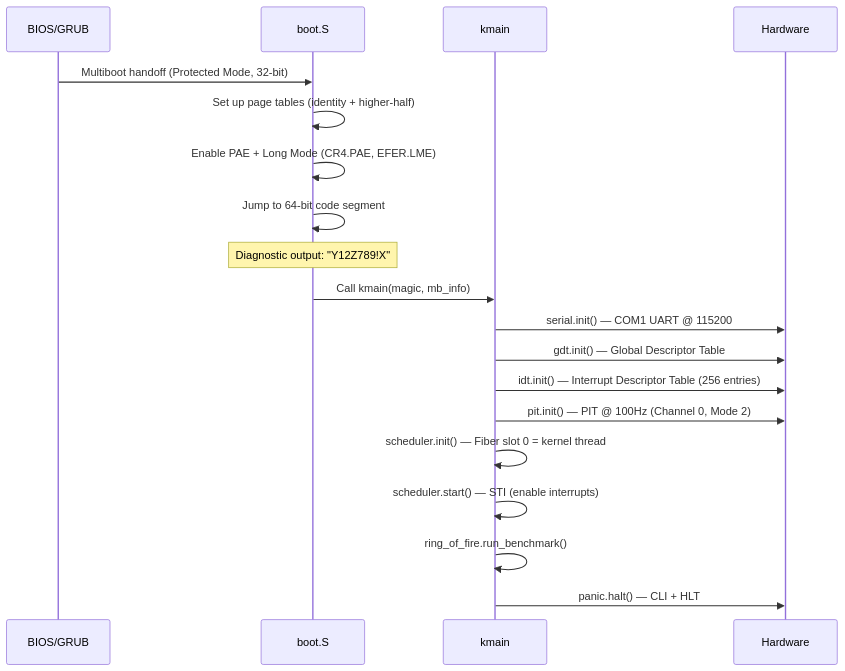
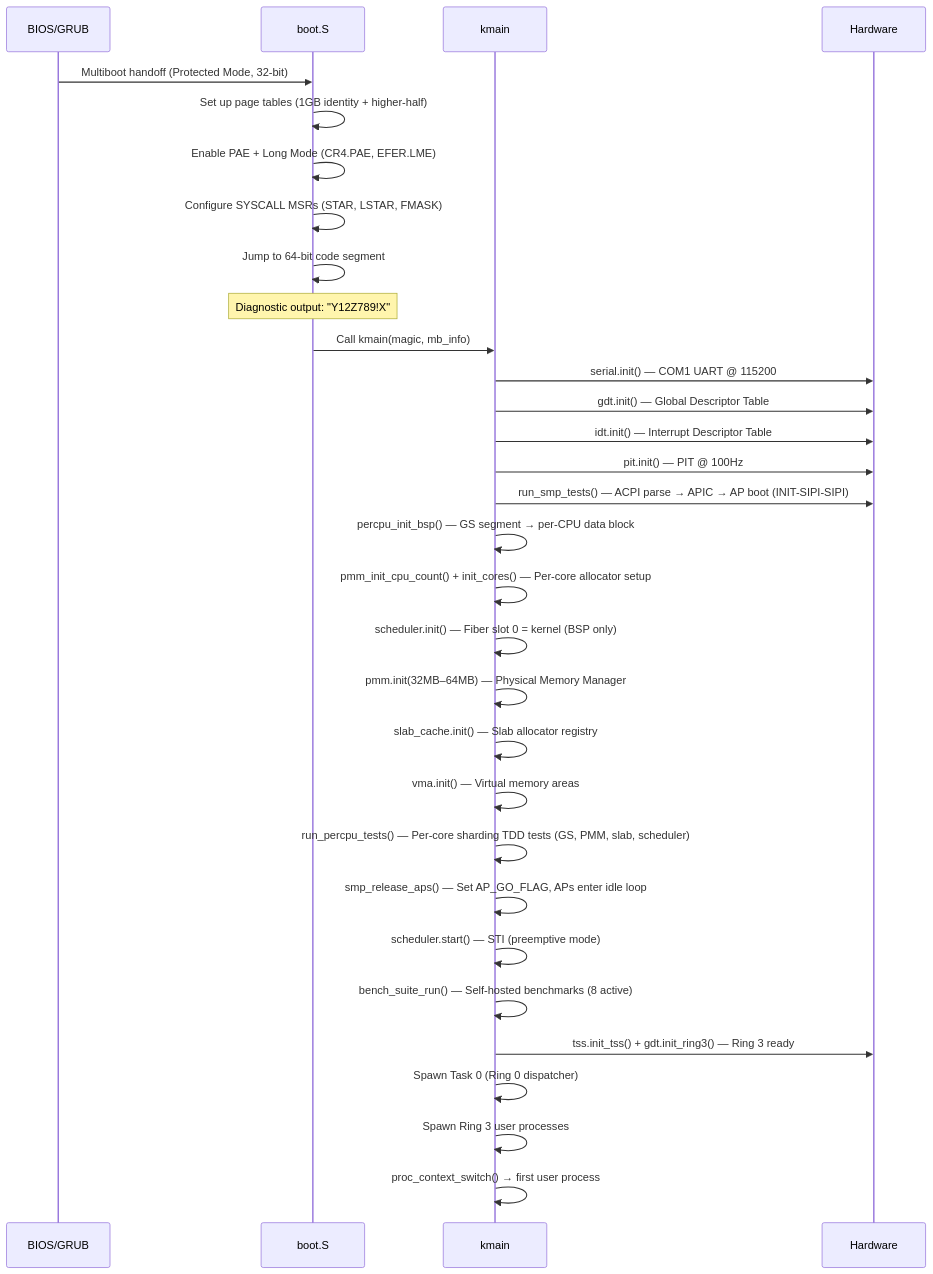
The fifth of 10 diagrams in docs/ARCH.md (PropertySightlines/lattice-lettuce-fix), drawn with Mermaid before and after one commit. The commit also changed other lines of this file and 185 other files, not shown here.

````diff
--- a/docs/ARCH.md
+++ b/docs/ARCH.md
@@ -256,23 +338,35 @@
 ```mermaid
 sequenceDiagram
     participant BIOS/GRUB
     participant boot.S
     participant kmain
     participant Hardware
     
     BIOS/GRUB->>boot.S: Multiboot handoff (Protected Mode, 32-bit)
-    boot.S->>boot.S: Set up page tables (identity + higher-half)
+    boot.S->>boot.S: Set up page tables (1GB identity + higher-half)
     boot.S->>boot.S: Enable PAE + Long Mode (CR4.PAE, EFER.LME)
+    boot.S->>boot.S: Configure SYSCALL MSRs (STAR, LSTAR, FMASK)
     boot.S->>boot.S: Jump to 64-bit code segment
     Note over boot.S: Diagnostic output: "Y12Z789!X"
     boot.S->>kmain: Call kmain(magic, mb_info)
     
     kmain->>Hardware: serial.init() — COM1 UART @ 115200
     kmain->>Hardware: gdt.init() — Global Descriptor Table
-    kmain->>Hardware: idt.init() — Interrupt Descriptor Table (256 entries)
-    kmain->>Hardware: pit.init() — PIT @ 100Hz (Channel 0, Mode 2)
-    kmain->>kmain: scheduler.init() — Fiber slot 0 = kernel thread
-    kmain->>kmain: scheduler.start() — STI (enable interrupts)
-    kmain->>kmain: ring_of_fire.run_benchmark()
-    kmain->>Hardware: panic.halt() — CLI + HLT
+    kmain->>Hardware: idt.init() — Interrupt Descriptor Table
+    kmain->>Hardware: pit.init() — PIT @ 100Hz
+    kmain->>Hardware: run_smp_tests() — ACPI parse → APIC → AP boot (INIT-SIPI-SIPI)
+    kmain->>kmain: percpu_init_bsp() — GS segment → per-CPU data block
+    kmain->>kmain: pmm_init_cpu_count() + init_cores() — Per-core allocator setup
+    kmain->>kmain: scheduler.init() — Fiber slot 0 = kernel (BSP only)
+    kmain->>kmain: pmm.init(32MB–64MB) — Physical Memory Manager
+    kmain->>kmain: slab_cache.init() — Slab allocator registry
+    kmain->>kmain: vma.init() — Virtual memory areas
+    kmain->>kmain: run_percpu_tests() — Per-core sharding TDD tests (GS, PMM, slab, scheduler)
+    kmain->>kmain: smp_release_aps() — Set AP_GO_FLAG, APs enter idle loop
+    kmain->>kmain: scheduler.start() — STI (preemptive mode)
+    kmain->>kmain: bench_suite_run() — Self-hosted benchmarks (8 active)
+    kmain->>Hardware: tss.init_tss() + gdt.init_ring3() — Ring 3 ready
+    kmain->>kmain: Spawn Task 0 (Ring 0 dispatcher)
+    kmain->>kmain: Spawn Ring 3 user processes
+    kmain->>kmain: proc_context_switch() → first user process
 ```
````
